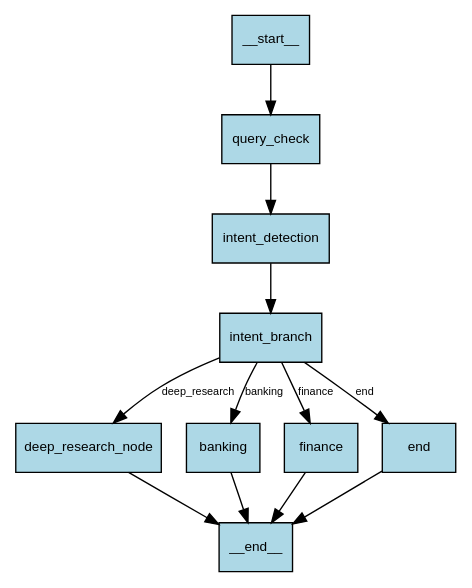
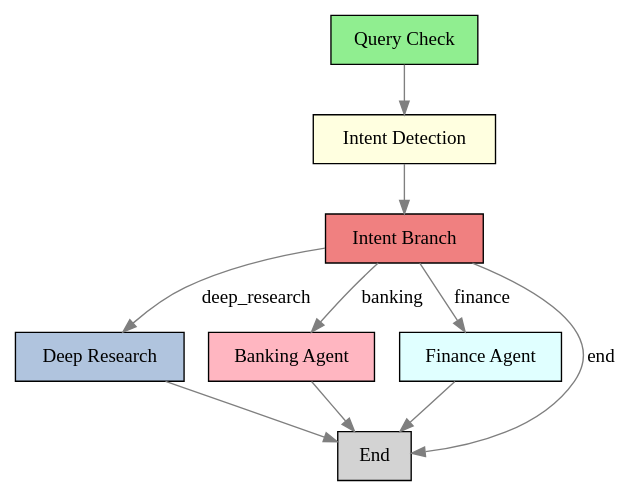
One commit to kushagr432/Deep-Research-Agent changed the diagram in graph_exports/graph_structure.dot. Above: the diagram before and after it, drawn with Graphviz. The commit also changed 15 other files, not shown here.

```diff
--- a/graph_exports/graph_structure.dot
+++ b/graph_exports/graph_structure.dot
@@ -1,27 +1,25 @@
 digraph FinancialResearchGraph {
     rankdir=TB;
-    node [shape=box, style=filled, fillcolor=lightblue, fontname="Arial", fontsize=10];
-    edge [fontname="Arial", fontsize=8];
+    node [shape=box, style=filled, fillcolor=lightblue];
+    edge [color=gray50];
     
     // Nodes
-    "query_check";
-    "intent_detection";
-    "intent_branch";
-    "deep_research_node";
-    "banking";
-    "finance";
-    "end";
-
+    query_check [label="Query Check", fillcolor=lightgreen];
+    intent_detection [label="Intent Detection", fillcolor=lightyellow];
+    intent_branch [label="Intent Branch", fillcolor=lightcoral];
+    deep_research_node [label="Deep Research", fillcolor=lightsteelblue];
+    banking [label="Banking Agent", fillcolor=lightpink];
+    finance [label="Finance Agent", fillcolor=lightcyan];
+    end [label="End", fillcolor=lightgray];
+    
     // Edges
-    "deep_research_node" -> "__end__";
-    "intent_detection" -> "intent_branch";
-    "finance" -> "__end__";
-    "__start__" -> "query_check";
-    "end" -> "__end__";
-    "query_check" -> "intent_detection";
-    "banking" -> "__end__";
-    "intent_branch" -> "deep_research_node" [label="deep_research"];
-    "intent_branch" -> "banking" [label="banking"];
-    "intent_branch" -> "finance" [label="finance"];
-    "intent_branch" -> "end" [label="end"];
+    query_check -> intent_detection;
+    intent_detection -> intent_branch;
+    intent_branch -> deep_research_node [label="deep_research"];
+    intent_branch -> banking [label="banking"];
+    intent_branch -> finance [label="finance"];
+    intent_branch -> end [label="end"];
+    deep_research_node -> end;
+    banking -> end;
+    finance -> end;
 }
```
